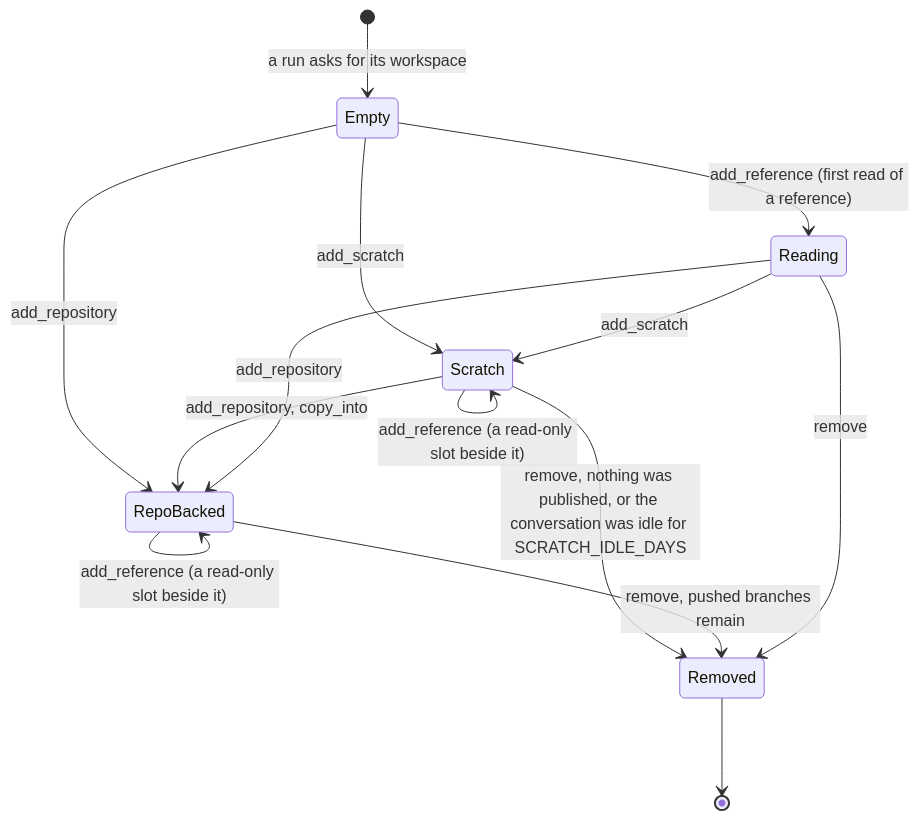
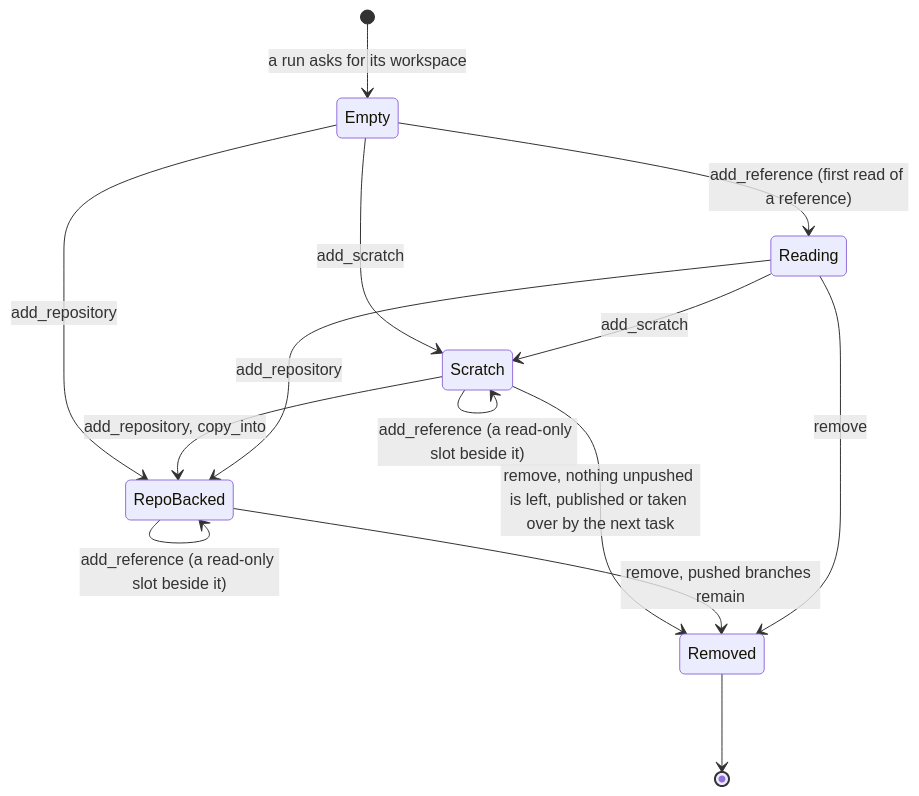
One commit to vymalo/another-adam-rs changed the third of 11 diagrams in docs/reference/workspace-and-environments.md. Above: the diagram before and after it, drawn with Mermaid. The commit also changed other lines of this file and 13 other files, not shown here.

First line of the commit message:
fix(janitor): a scratch project with unpushed work is kept, not swept (ANR-629) (#367)

````diff
--- a/docs/reference/workspace-and-environments.md
+++ b/docs/reference/workspace-and-environments.md
@@ -83,18 +86,18 @@
 ```mermaid
 stateDiagram-v2
     [*] --> Empty: a run asks for its workspace
     Empty --> Scratch: add_scratch
     Empty --> RepoBacked: add_repository
     Scratch --> RepoBacked: add_repository, copy_into
     RepoBacked --> RepoBacked: add_repository (another repository, a new slot)
     Scratch --> Scratch: the run ends, the conversation is alive, the next task takes it over
-    Scratch --> Removed: remove, nothing was published, or the conversation was idle for SCRATCH_IDLE_DAYS
+    Scratch --> Removed: remove, nothing unpushed is left, published or taken over by the next task
     RepoBacked --> Removed: remove, pushed branches remain
     Empty --> Reading: add_reference (first read of a reference)
     Scratch --> Scratch: add_reference (a read-only slot beside it)
     RepoBacked --> RepoBacked: add_reference (a read-only slot beside it)
     Reading --> RepoBacked: add_repository
     Reading --> Scratch: add_scratch
     Reading --> Removed: remove
     Removed --> [*]
 ```
````
